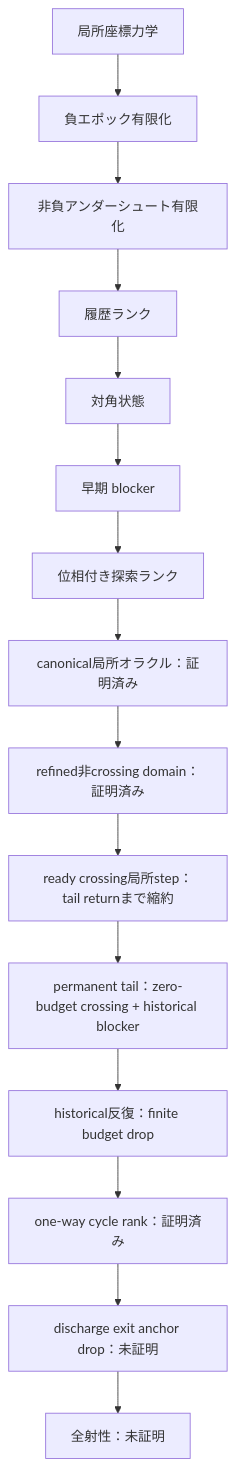
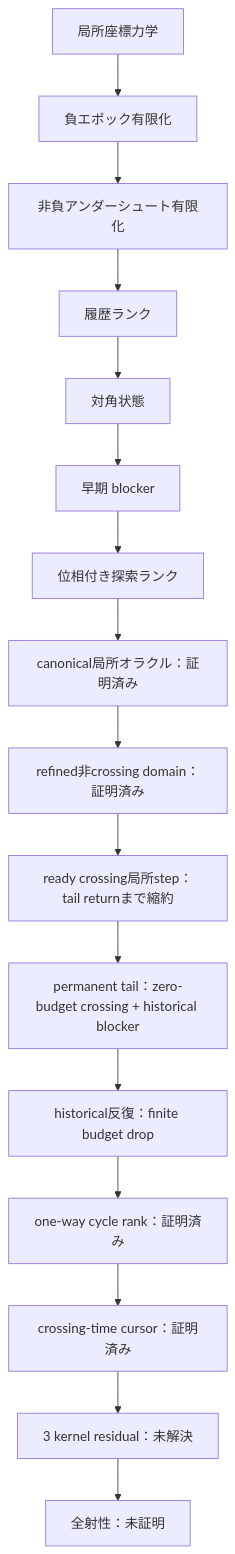
One commit to hirokidaichi/recaman-lean-research changed the diagram in README.md. Above: the diagram before and after it, drawn with Mermaid. The commit also changed other lines of this file and 9 other files, not shown here.

````diff
--- a/README.md
+++ b/README.md
@@ -89,17 +95,18 @@
 ```mermaid
 flowchart TD
     A["局所座標力学"] --> B["負エポック有限化"]
     B --> C["非負アンダーシュート有限化"]
     C --> D["履歴ランク"]
     D --> E["対角状態"]
     E --> F["早期 blocker"]
     F --> G["位相付き探索ランク"]
     G --> H["canonical局所オラクル：証明済み"]
     H --> I["refined非crossing domain：証明済み"]
     I --> J["ready crossing局所step：tail returnまで縮約"]
     J --> K["permanent tail：zero-budget crossing + historical blocker"]
     K --> L["historical反復：finite budget drop"]
     L --> M["one-way cycle rank：証明済み"]
-    M --> N["discharge exit anchor drop：未証明"]
-    N --> O["全射性：未証明"]
+    M --> N["crossing-time cursor：証明済み"]
+    N --> O["3 kernel residual：未解決"]
+    O --> P["全射性：未証明"]
 ```
````
